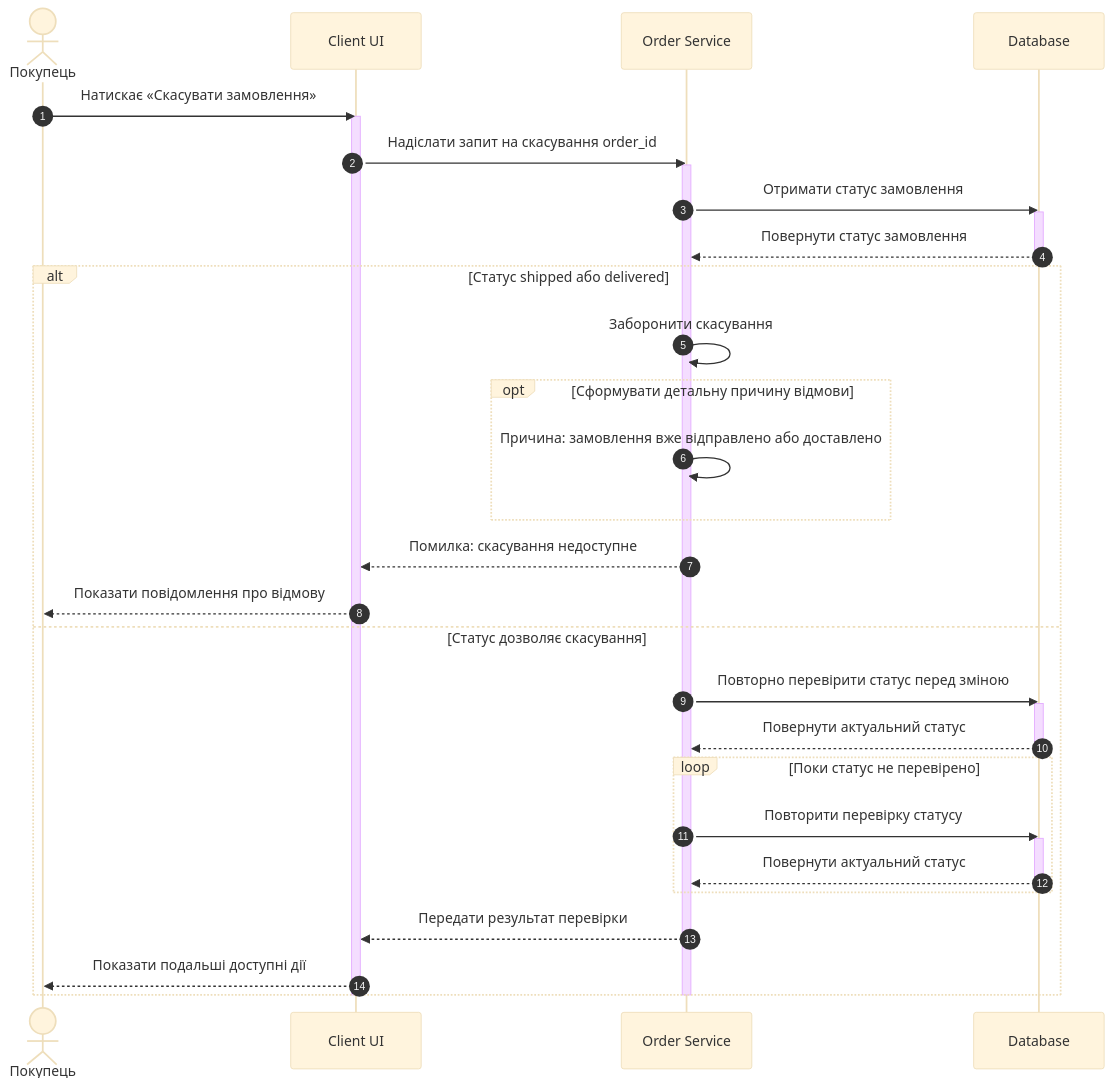
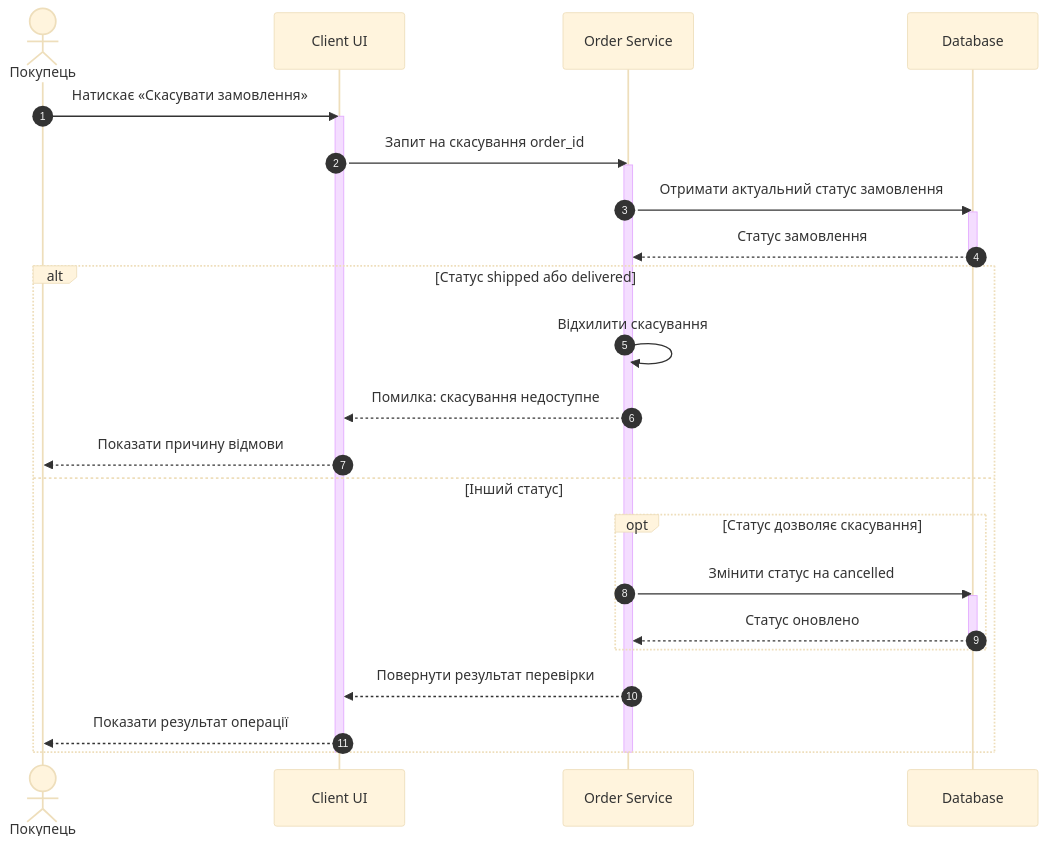
Before and after one commit to Ro-sya/KPI: the diagram in scenario/scenario-5-2.mmd, drawn with Mermaid (base theme). The commit also changed 2 other files, not shown here.

Commit message:
update diagram 3.1 , 3.2 , 5.2

```diff
--- a/scenario/scenario-5-2.mmd
+++ b/scenario/scenario-5-2.mmd
@@ -1,43 +1,34 @@
 sequenceDiagram
     autonumber
     actor Buyer as Покупець
     participant UI as Client UI
     participant OS as Order Service
     participant DB as Database
 
     Buyer->>UI: Натискає «Скасувати замовлення»
     activate UI
-    UI->>OS: Надіслати запит на скасування order_id
+    UI->>OS: Запит на скасування order_id
     activate OS
 
-    OS->>DB: Отримати статус замовлення
+    OS->>DB: Отримати актуальний статус замовлення
     activate DB
-    DB-->>OS: Повернути статус замовлення
+    DB-->>OS: Статус замовлення
     deactivate DB
 
     alt Статус shipped або delivered
-        OS->>OS: Заборонити скасування
-        opt Сформувати детальну причину відмови
-            OS->>OS: Причина: замовлення вже відправлено або доставлено
-        end
+        OS->>OS: Відхилити скасування
         OS-->>UI: Помилка: скасування недоступне
-        UI-->>Buyer: Показати повідомлення про відмову
-    else Статус дозволяє скасування
-        OS->>DB: Повторно перевірити статус перед зміною
-        activate DB
-        DB-->>OS: Повернути актуальний статус
-        deactivate DB
-
-        loop Поки статус не перевірено
-            OS->>DB: Повторити перевірку статусу
+        UI-->>Buyer: Показати причину відмови
+    else Інший статус
+        opt Статус дозволяє скасування
+            OS->>DB: Змінити статус на cancelled
             activate DB
-            DB-->>OS: Повернути актуальний статус
+            DB-->>OS: Статус оновлено
             deactivate DB
         end
-
-        OS-->>UI: Передати результат перевірки
-        UI-->>Buyer: Показати подальші доступні дії
+        OS-->>UI: Повернути результат перевірки
+        UI-->>Buyer: Показати результат операції
     end
 
     deactivate OS
     deactivate UI
```
